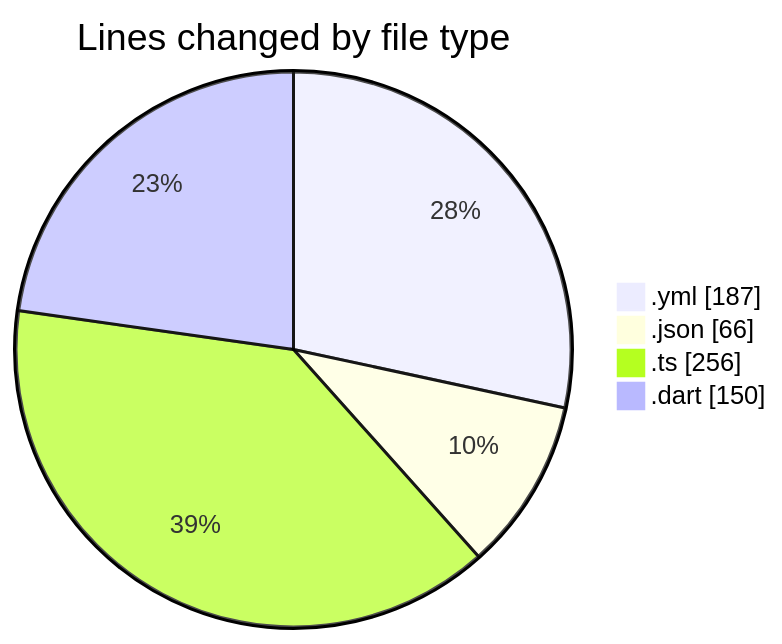
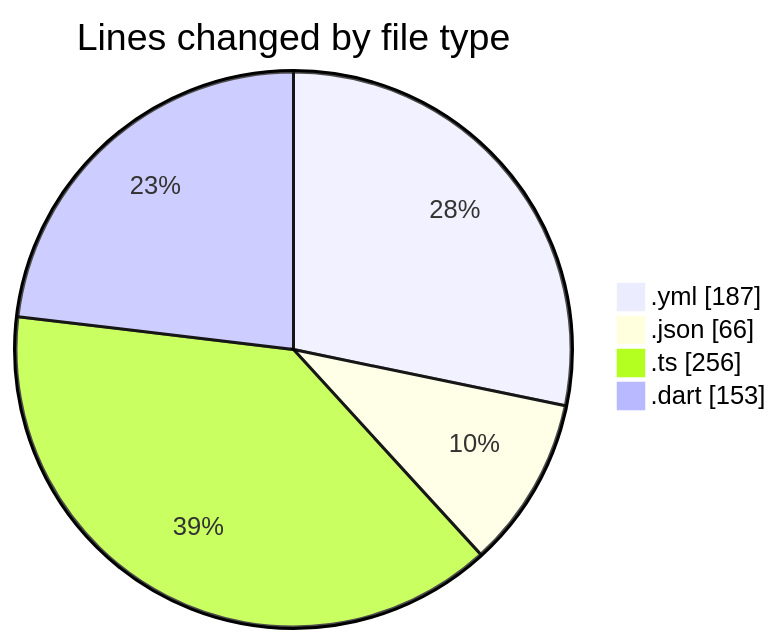
Before and after one commit to donsfak/code-tracking: the first of 2 diagrams in 2025-02-10/maps_clone/README.md, drawn with Mermaid. The commit also changed other lines of this file and 1 other file, not shown here.

````diff
--- a/2025-02-10/maps_clone/README.md
+++ b/2025-02-10/maps_clone/README.md
@@ -27,8 +27,8 @@
 ```mermaid
 pie showData
 title Lines changed by file type
 ".yml" : 187
 ".json" : 66
 ".ts" : 256
-".dart" : 150
+".dart" : 153
 ```
````
